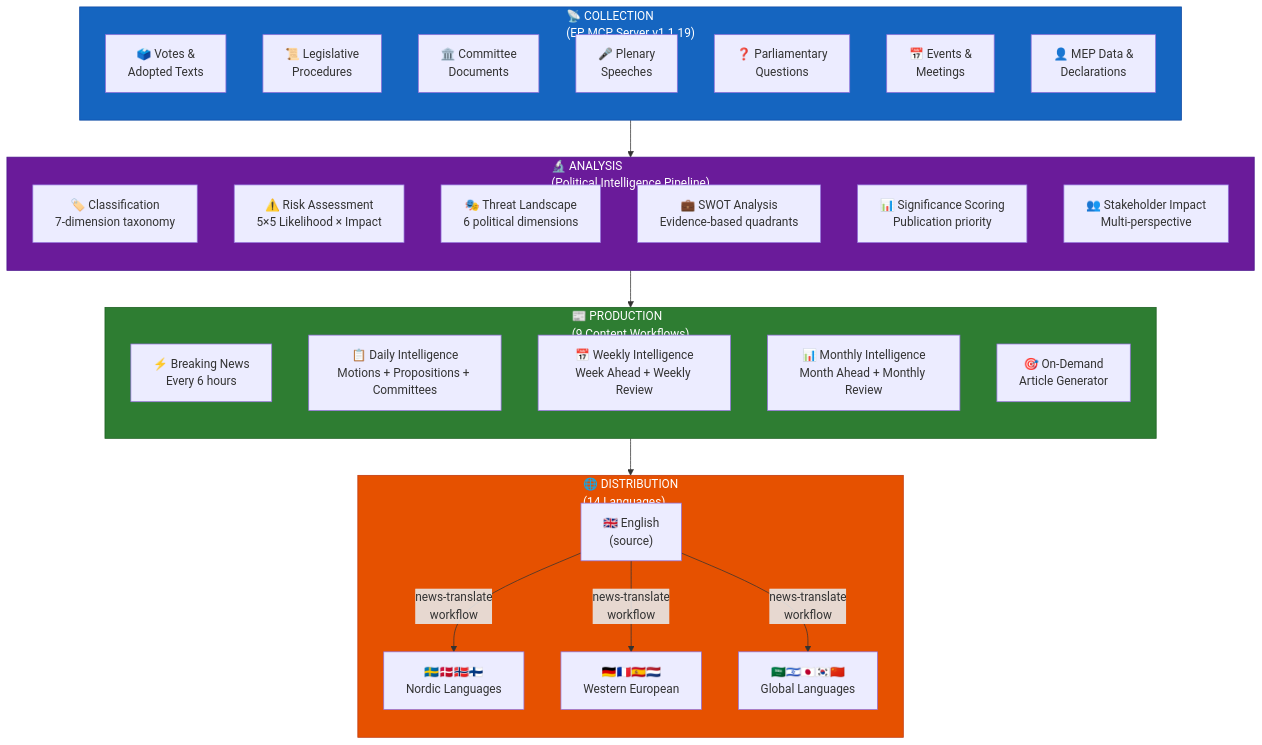
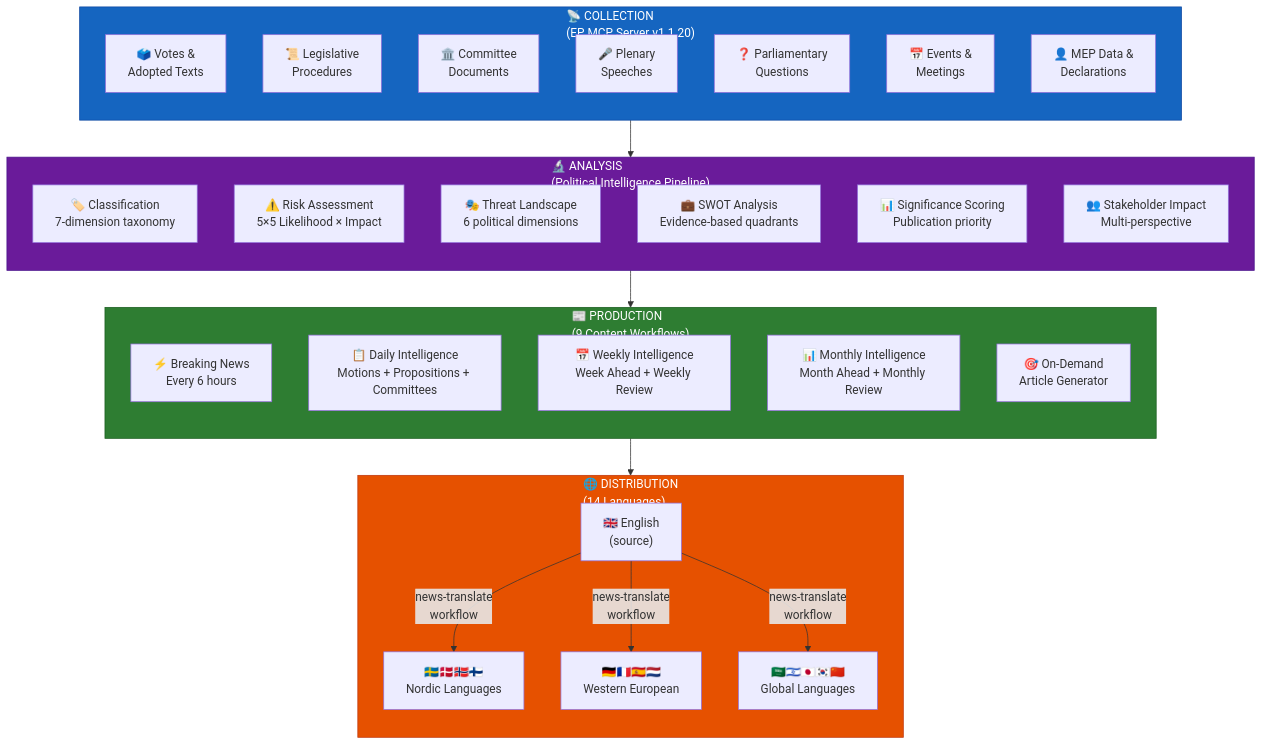
Diagram 18 of 21 in docs/api/media/WORKFLOWS.md (Hack23/euparliamentmonitor), drawn with Mermaid before and after one commit. The commit also changed other lines of this file and 24 other files, not shown here.

First line of the commit message:
chore: update european-parliament-mcp-server from 1.1.19 to 1.1.20 across all workflows and docs

````diff
--- a/docs/api/media/WORKFLOWS.md
+++ b/docs/api/media/WORKFLOWS.md
@@ -1625,48 +1625,48 @@
 ```mermaid
 flowchart TD
-    subgraph Collection["📡 COLLECTION<br/>(EP MCP Server v1.1.19)"]
+    subgraph Collection["📡 COLLECTION<br/>(EP MCP Server v1.1.20)"]
         direction TB
         C1["🗳️ Votes &<br/>Adopted Texts"]
         C2["📜 Legislative<br/>Procedures"]
         C3["🏛️ Committee<br/>Documents"]
         C4["🎤 Plenary<br/>Speeches"]
         C5["❓ Parliamentary<br/>Questions"]
         C6["📅 Events &<br/>Meetings"]
         C7["👤 MEP Data &<br/>Declarations"]
     end
 
     subgraph Analysis["🔬 ANALYSIS<br/>(Political Intelligence Pipeline)"]
         direction TB
         A1["🏷️ Classification<br/>7-dimension taxonomy"]
         A2["⚠️ Risk Assessment<br/>5×5 Likelihood × Impact"]
         A3["🎭 Threat Landscape<br/>6 political dimensions"]
         A4["💼 SWOT Analysis<br/>Evidence-based quadrants"]
         A5["📊 Significance Scoring<br/>Publication priority"]
         A6["👥 Stakeholder Impact<br/>Multi-perspective"]
     end
 
     subgraph Production["📰 PRODUCTION<br/>(9 Content Workflows)"]
         direction TB
         P1["⚡ Breaking News<br/>Every 6 hours"]
         P2["📋 Daily Intelligence<br/>Motions + Propositions + Committees"]
         P3["📅 Weekly Intelligence<br/>Week Ahead + Weekly Review"]
         P4["📊 Monthly Intelligence<br/>Month Ahead + Monthly Review"]
         P5["🎯 On-Demand<br/>Article Generator"]
     end
 
     subgraph Distribution["🌐 DISTRIBUTION<br/>(14 Languages)"]
         direction TB
         D1["🇬🇧 English<br/>(source)"]
         D2["🇸🇪🇩🇰🇳🇴🇫🇮<br/>Nordic Languages"]
         D3["🇩🇪🇫🇷🇪🇸🇳🇱<br/>Western European"]
         D4["🇸🇦🇮🇱🇯🇵🇰🇷🇨🇳<br/>Global Languages"]
     end
 
     Collection --> Analysis --> Production --> D1
     D1 --> |"news-translate<br/>workflow"| D2 & D3 & D4
 
     style Collection fill:#1565C0,stroke:#0D47A1,color:#FFFFFF
     style Analysis fill:#6A1B9A,stroke:#4A148C,color:#FFFFFF
     style Production fill:#2E7D32,stroke:#1B5E20,color:#FFFFFF
     style Distribution fill:#E65100,stroke:#BF360C,color:#FFFFFF
 ```
````
